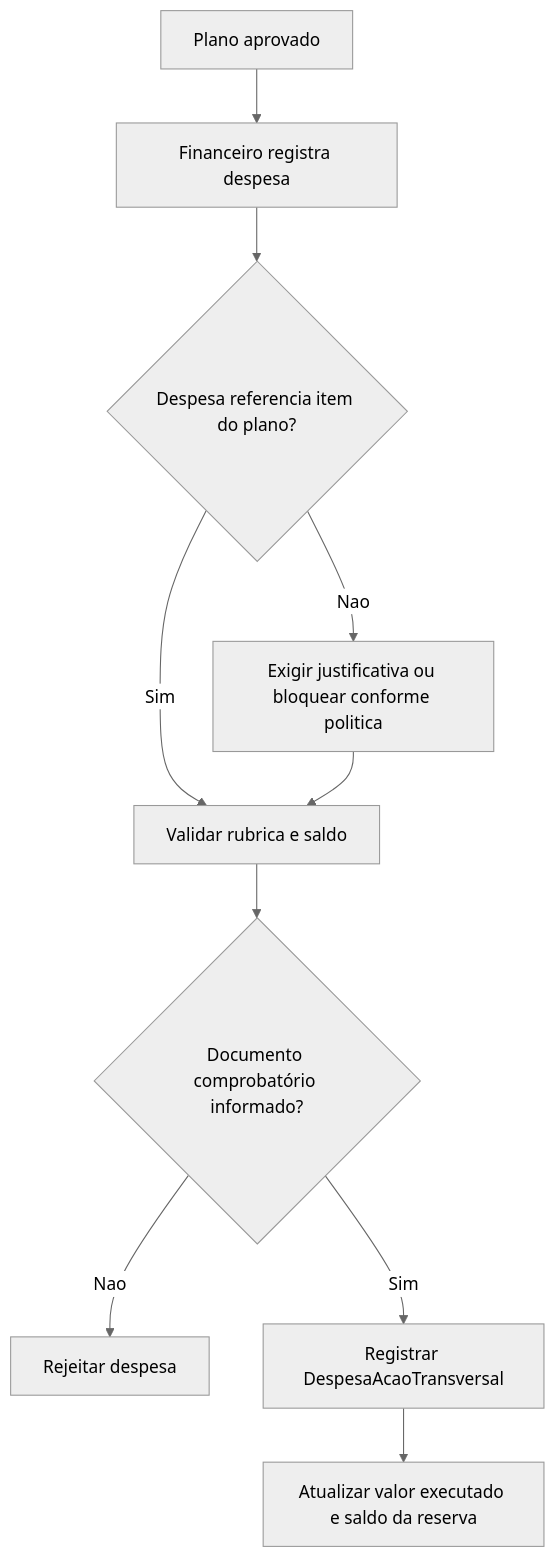
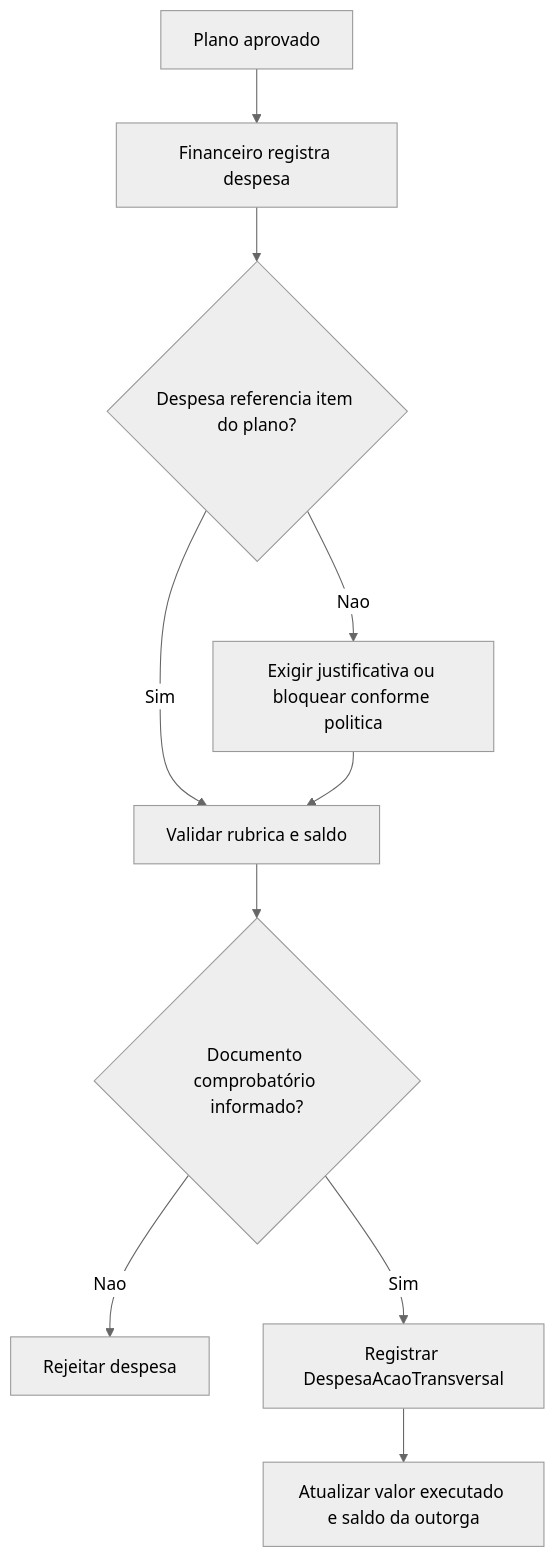
Before and after one commit to Czzped/conecta-fapes-teste: the third of 4 diagrams in docs/implementation/modules/M016-contabilidade-financeiro/acao-transversal/processo.md, drawn with Mermaid (neutral theme). The commit also changed other lines of this file and 38 other files, not shown here.

````diff
--- a/docs/implementation/modules/M016-contabilidade-financeiro/acao-transversal/processo.md
+++ b/docs/implementation/modules/M016-contabilidade-financeiro/acao-transversal/processo.md
@@ -62,12 +66,12 @@
 ```mermaid
 flowchart TD
     A[Plano aprovado] --> B[Financeiro registra despesa]
     B --> C{Despesa referencia item do plano?}
     C -- Nao --> D[Exigir justificativa ou bloquear conforme politica]
     C -- Sim --> E[Validar rubrica e saldo]
     D --> E
     E --> F{Documento comprobatório informado?}
     F -- Nao --> G[Rejeitar despesa]
     F -- Sim --> H[Registrar DespesaAcaoTransversal]
-    H --> I[Atualizar valor executado e saldo da reserva]
+    H --> I[Atualizar valor executado e saldo da outorga]
 ```
````
